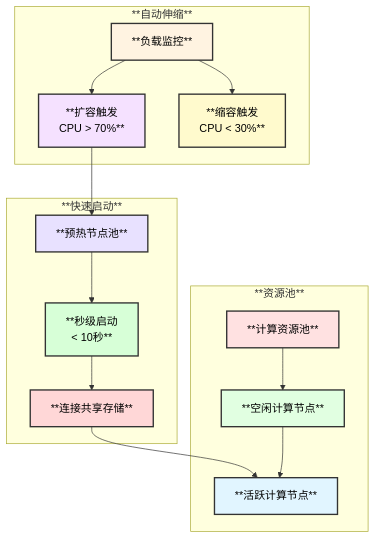
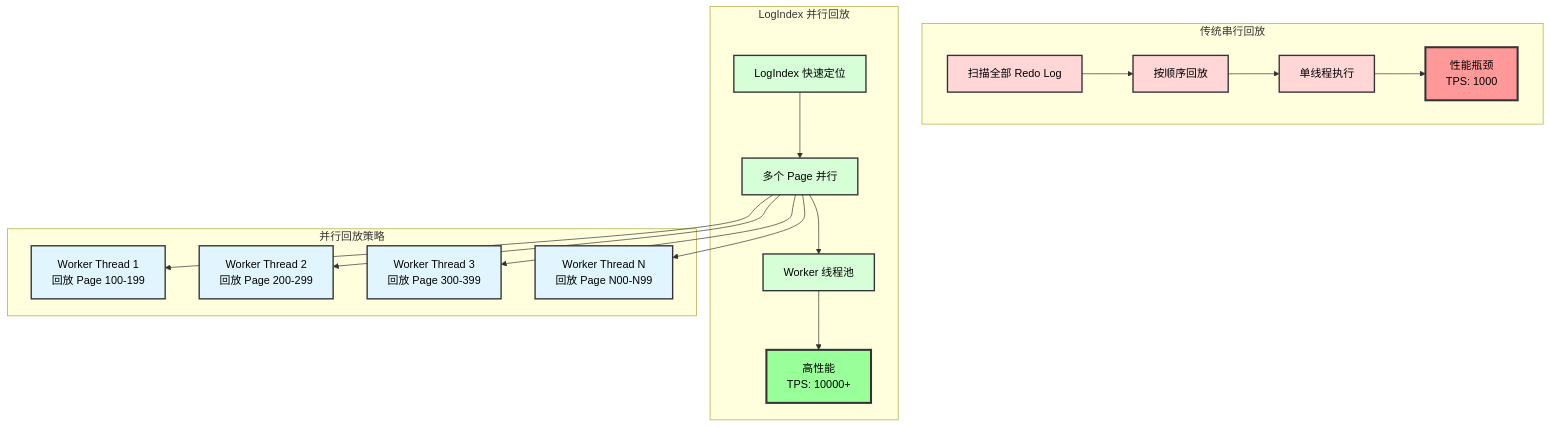
Before and after one commit to victor1589007281/percona-server: the ninth of 29 diagrams in vdocs/design/PolarDB_Architecture.md, drawn with Mermaid. The commit also changed other lines of this file and 141 other files, not shown here.

````diff
--- a/vdocs/design/PolarDB_Architecture.md
+++ b/vdocs/design/PolarDB_Architecture.md
@@ -320,40 +360,49 @@
 ```mermaid
 graph TB
-    subgraph "**资源池**"
-        A[**计算资源池**]
-        B[**空闲计算节点**]
-        C[**活跃计算节点**]
+    subgraph "传统串行回放"
+        A["扫描全部 Redo Log"]
+        B["按顺序回放"]
+        C["单线程执行"]
+        D["性能瓶颈<br/>TPS: 1000"]
     end
     
-    subgraph "**自动伸缩**"
-        D[**负载监控**]
-        E[**扩容触发<br/>CPU > 70%**]
-        F[**缩容触发<br/>CPU < 30%**]
+    subgraph "LogIndex 并行回放"
+        E["LogIndex 快速定位"]
+        F["多个 Page 并行"]
+        G["Worker 线程池"]
+        H["高性能<br/>TPS: 10000+"]
     end
     
-    subgraph "**快速启动**"
-        G[**预热节点池**]
-        H[**秒级启动<br/>&lt; 10秒**]
-        I[**连接共享存储**]
+    subgraph "并行回放策略"
+        I["Worker Thread 1<br/>回放 Page 100-199"]
+        J["Worker Thread 2<br/>回放 Page 200-299"]
+        K["Worker Thread 3<br/>回放 Page 300-399"]
+        L["Worker Thread N<br/>回放 Page N00-N99"]
     end
-    
-    D --> E
-    D --> F
-    E --> G
-    G --> H
-    H --> I
-    I --> C
     
     A --> B
     B --> C
+    C --> D
     
-    style A fill:#ffe1e1,stroke:#333,stroke-width:2px,color:#000
-    style B fill:#e1ffe1,stroke:#333,stroke-width:2px,color:#000
-    style C fill:#e1f5ff,stroke:#333,stroke-width:2px,color:#000
-    style D fill:#fff3e1,stroke:#333,stroke-width:2px,color:#000
-    style E fill:#f5e1ff,stroke:#333,stroke-width:2px,color:#000
-    style F fill:#fffacd,stroke:#333,stroke-width:2px,color:#000
-    style G fill:#e8e1ff,stroke:#333,stroke-width:2px,color:#000
-    style H fill:#d7ffd7,stroke:#333,stroke-width:2px,color:#000
-    style I fill:#ffd7d7,stroke:#333,stroke-width:2px,color:#000
+    E --> F
+    F --> G
+    G --> H
+    
+    F --> I
+    F --> J
+    F --> K
+    F --> L
+    
+    style A fill:#ffd7d7,stroke:#333,stroke-width:2px,color:#000
+    style B fill:#ffd7d7,stroke:#333,stroke-width:2px,color:#000
+    style C fill:#ffd7d7,stroke:#333,stroke-width:2px,color:#000
+    style D fill:#ff9999,stroke:#333,stroke-width:3px,color:#000
+    style E fill:#d7ffd7,stroke:#333,stroke-width:2px,color:#000
+    style F fill:#d7ffd7,stroke:#333,stroke-width:2px,color:#000
+    style G fill:#d7ffd7,stroke:#333,stroke-width:2px,color:#000
+    style H fill:#99ff99,stroke:#333,stroke-width:3px,color:#000
+    style I fill:#e1f5ff,stroke:#333,stroke-width:2px,color:#000
+    style J fill:#e1f5ff,stroke:#333,stroke-width:2px,color:#000
+    style K fill:#e1f5ff,stroke:#333,stroke-width:2px,color:#000
+    style L fill:#e1f5ff,stroke:#333,stroke-width:2px,color:#000
 ```
````
